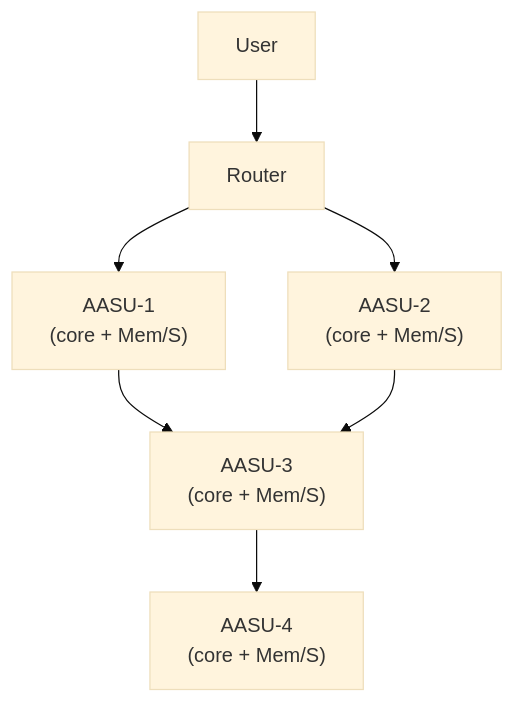
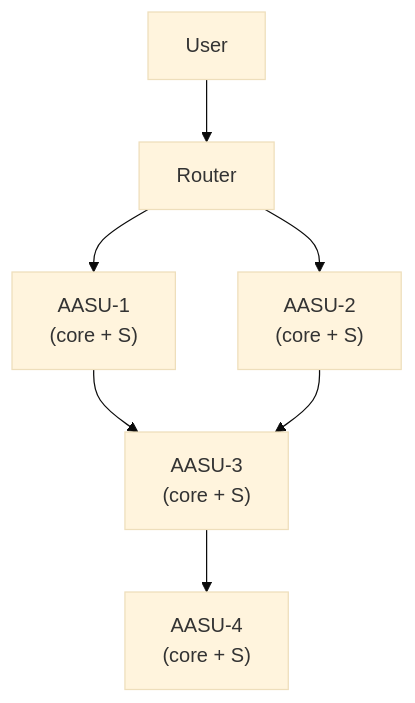
The third of 3 diagrams in docs/whitepapers/AASU_White_Paper_Extended_v2_2_Enriched.md (SAISec/AASU), drawn with Mermaid (base theme) before and after one commit. The commit also changed other lines of this file and 16 other files, not shown here.

````diff
--- a/docs/whitepapers/AASU_White_Paper_Extended_v2_2_Enriched.md
+++ b/docs/whitepapers/AASU_White_Paper_Extended_v2_2_Enriched.md
@@ -101,9 +100,9 @@
 ``` mermaid
 flowchart TD
     User --> Router
-    Router --> A1["AASU-1<br/>(core + Mem/S)"]
-    Router --> A2["AASU-2<br/>(core + Mem/S)"]
-    A1 --> B1["AASU-3<br/>(core + Mem/S)"]
+    Router --> A1["AASU-1<br/>(core + S)"]
+    Router --> A2["AASU-2<br/>(core + S)"]
+    A1 --> B1["AASU-3<br/>(core + S)"]
     A2 --> B1
-    B1 --> C1["AASU-4<br/>(core + Mem/S)"]
+    B1 --> C1["AASU-4<br/>(core + S)"]
 ```
````
